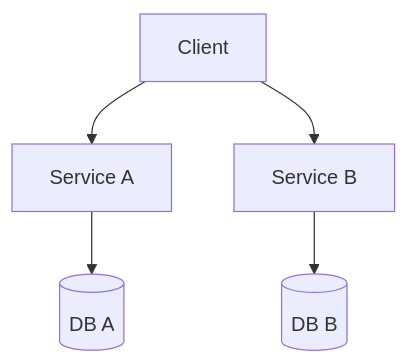
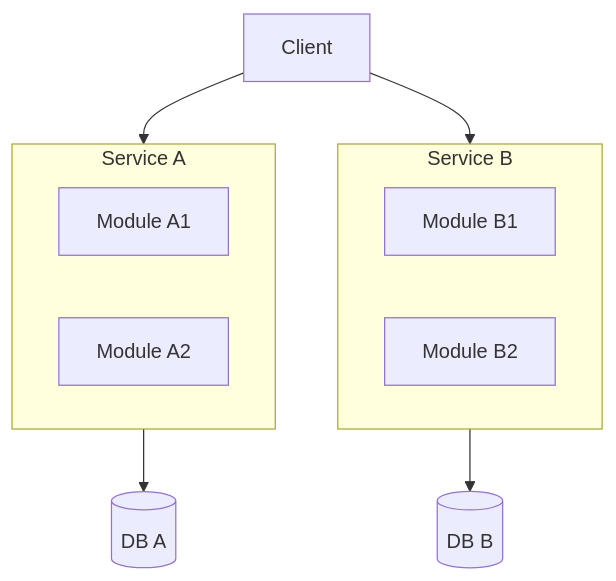
Before and after one commit to kholcomb/Architecture: the diagram in Patterns/basic/services/macroservices.md, drawn with Mermaid. The commit also changed 11 other files, not shown here.

Commit message:
diagram fixes

````diff
--- a/Patterns/basic/services/macroservices.md
+++ b/Patterns/basic/services/macroservices.md
@@ -13,8 +13,16 @@
 ```mermaid
 graph TD
     C[Client]
-    C --> SA[Service A]
-    C --> SB[Service B]
+    C --> SA
+    C --> SB
+    subgraph SA[Service A]
+        MA1[Module A1]
+        MA2[Module A2]
+    end
+    subgraph SB[Service B]
+        MB1[Module B1]
+        MB2[Module B2]
+    end
     SA --> DA[(DB A)]
     SB --> DB[(DB B)]
 ```
````
